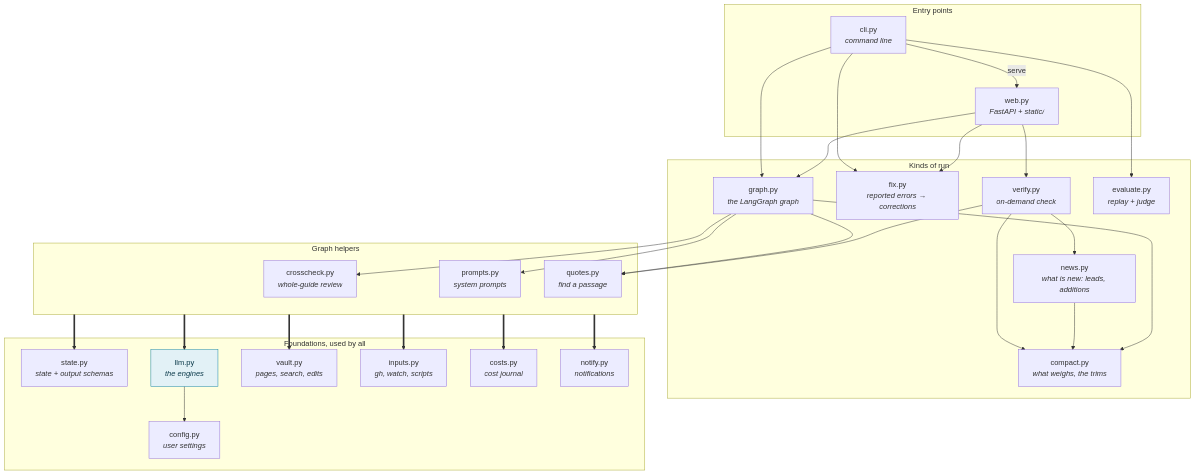
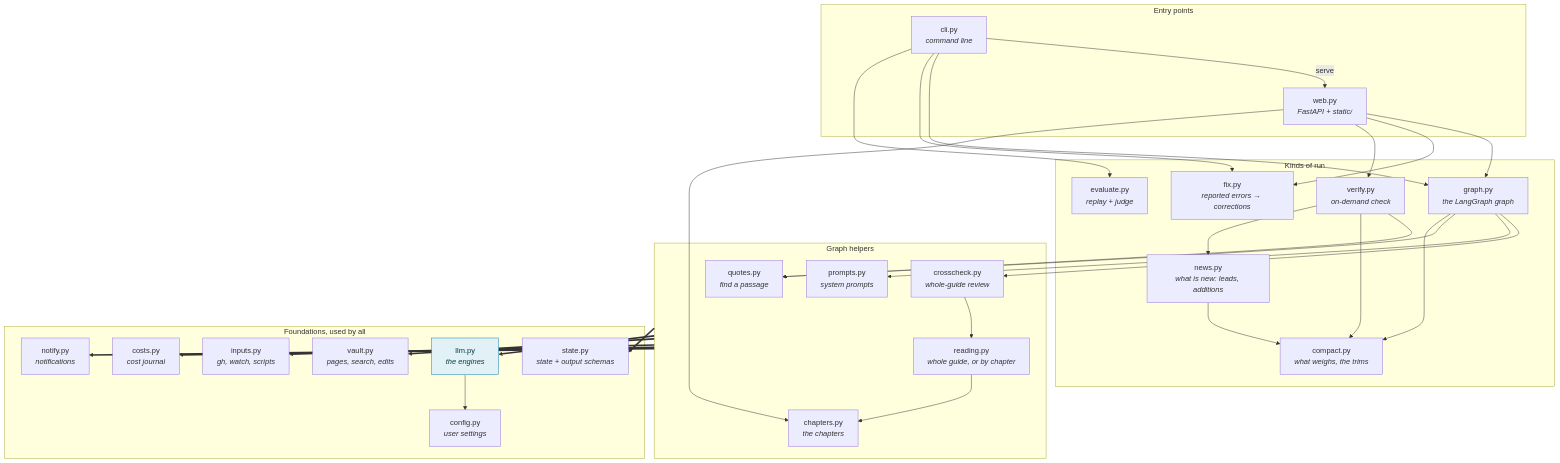
The first of 6 diagrams in docs/code.md (DamienBecherini/vault-watch-agent), drawn with Mermaid before and after one commit. The commit also changed other lines of this file and 27 other files, not shown here.

````diff
--- a/docs/code.md
+++ b/docs/code.md
@@ -19,40 +20,43 @@
 ```mermaid
 flowchart TB
   subgraph entry["Entry points"]
     cli["cli.py<br/><i>command line</i>"]
     web["web.py<br/><i>FastAPI + static/</i>"]
   end
   subgraph runs["Kinds of run"]
     graphpy["graph.py<br/><i>the LangGraph graph</i>"]
     fix["fix.py<br/><i>reported errors → corrections</i>"]
     verify["verify.py<br/><i>on-demand check</i>"]
     compact["compact.py<br/><i>what weighs, the trims</i>"]
     news["news.py<br/><i>what is new: leads, additions</i>"]
     evaluate["evaluate.py<br/><i>replay + judge</i>"]
   end
   subgraph steps["Graph helpers"]
     crosscheck["crosscheck.py<br/><i>whole-guide review</i>"]
     prompts["prompts.py<br/><i>system prompts</i>"]
     quotes["quotes.py<br/><i>find a passage</i>"]
+    reading["reading.py<br/><i>whole guide, or by chapter</i>"]
+    chapters["chapters.py<br/><i>the chapters</i>"]
   end
   subgraph base["Foundations, used by all"]
     state["state.py<br/><i>state + output schemas</i>"]
     llm["llm.py<br/><i>the engines</i>"]
     config["config.py<br/><i>user settings</i>"]
     vault["vault.py<br/><i>pages, search, edits</i>"]
     inputs["inputs.py<br/><i>gh, watch, scripts</i>"]
     costs["costs.py<br/><i>cost journal</i>"]
     notify["notify.py<br/><i>notifications</i>"]
   end
   cli -->|"serve"| web
   cli --> graphpy & fix & evaluate
-  web --> graphpy & fix & verify
+  web --> graphpy & fix & verify & chapters
   graphpy --> crosscheck & prompts & quotes
+  crosscheck --> reading --> chapters
   verify --> quotes & compact & news
   news --> compact
   graphpy --> compact
   steps ==> state & llm & vault & inputs & costs & notify
   llm --> config
   classDef model fill:#e2f1f6,stroke:#0a7ea4,color:#0b3a4a
   class llm model
 ```
````
